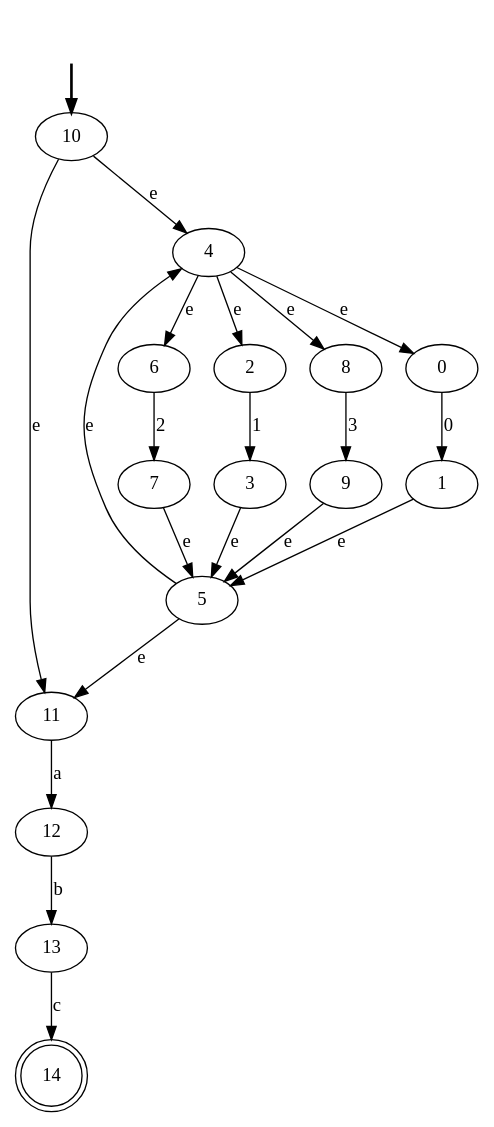
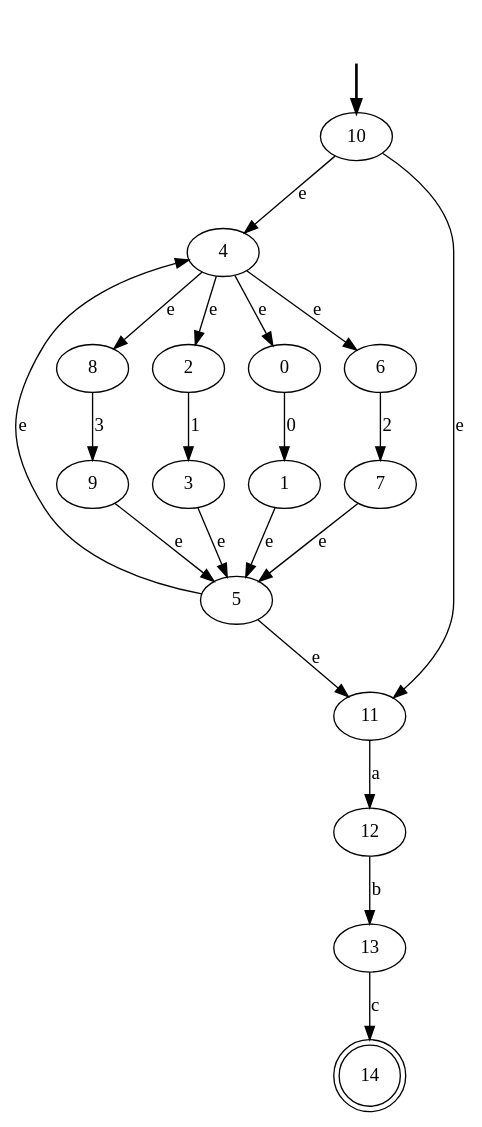
One commit to maupeon/Compiladores changed the diagram in Tarea 1/graphic_NFA.dot. Above: the diagram before and after it, drawn with Graphviz. The commit also changed other lines of this file and 8 other files, not shown here.

```diff
--- a/Tarea 1/graphic_NFA.dot
+++ b/Tarea 1/graphic_NFA.dot
@@ -1,38 +1,38 @@
 digraph {
 	fake0 [style=invisible]
+	8
+	2
+	3
+	10 [root=true]
+	12
+	13
 	14 [shape=doublecircle]
+	0
+	7
 	6
+	5
+	4
 	9
-	2
-	8
-	12
-	5
-	7
 	11
 	1
-	4
-	13
-	3
-	0
-	10 [root=true]
 	fake0 -> 10 [style=bold]
 	0 -> 1 [label=0]
 	2 -> 3 [label=1]
+	4 -> 8 [label=e]
 	4 -> 2 [label=e]
+	4 -> 0 [label=e]
 	4 -> 6 [label=e]
-	4 -> 8 [label=e]
-	4 -> 0 [label=e]
 	1 -> 5 [label=e]
 	3 -> 5 [label=e]
 	6 -> 7 [label=2]
 	7 -> 5 [label=e]
 	8 -> 9 [label=3]
 	9 -> 5 [label=e]
 	10 -> 11 [label=e]
 	10 -> 4 [label=e]
 	5 -> 11 [label=e]
 	5 -> 4 [label=e]
 	11 -> 12 [label=a]
 	12 -> 13 [label=b]
 	13 -> 14 [label=c]
 }
```
